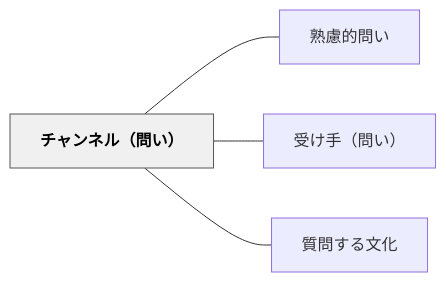
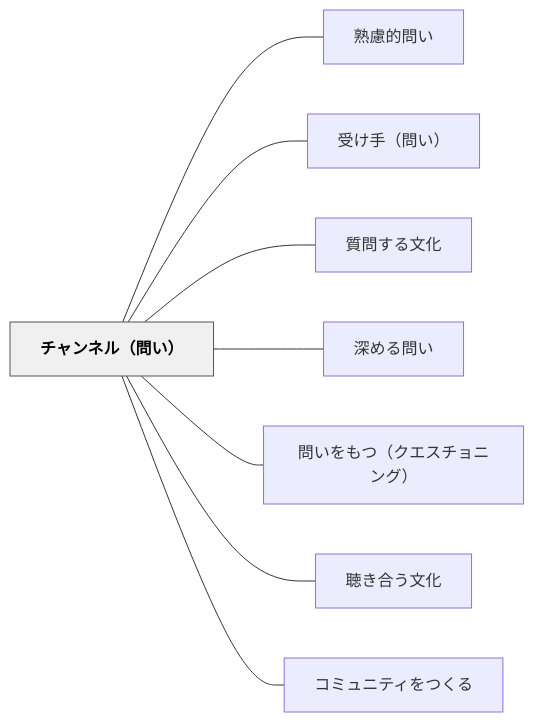
The diagram in content/パタン/チャンネル（問い）.md (unknownthings-ed-patterns/unknownthings-ed-patterns), drawn with Mermaid before and after one commit. The commit also changed other lines of this file and 71 other files, not shown here.

````diff
--- a/content/パタン/チャンネル（問い）.md
+++ b/content/パタン/チャンネル（問い）.md
@@ -42,14 +46,22 @@
 ```mermaid
 flowchart LR
     ne38381e383a3e383b3e3838de383abefbc88e5958fe38184efbc89["チャンネル（問い）"]
     ne7869fe685aee79a84e5958fe38184["熟慮的問い"]
     ne58f97e38191e6898befbc88e5958fe38184efbc89["受け手（問い）"]
     ne8b3aae5958fe38199e3828be69687e58c96["質問する文化"]
+    ne6b7b1e38281e3828be5958fe38184["深める問い"]
+    ne5958fe38184e38292e38282e381a4efbc88e382afe382a8e382b9e38381e383a7e3838be383b3e382b0efbc89["問いをもつ（クエスチョニング）"]
+    ne881b4e3818de59088e38186e69687e58c96["聴き合う文化"]
+    ne382b3e3839fe383a5e3838be38386e382a3e38292e381a4e3818fe3828b["コミュニティをつくる"]
 
     ne38381e383a3e383b3e3838de383abefbc88e5958fe38184efbc89 --- ne7869fe685aee79a84e5958fe38184
     ne38381e383a3e383b3e3838de383abefbc88e5958fe38184efbc89 --- ne58f97e38191e6898befbc88e5958fe38184efbc89
     ne38381e383a3e383b3e3838de383abefbc88e5958fe38184efbc89 --- ne8b3aae5958fe38199e3828be69687e58c96
+    ne38381e383a3e383b3e3838de383abefbc88e5958fe38184efbc89 --- ne6b7b1e38281e3828be5958fe38184
+    ne38381e383a3e383b3e3838de383abefbc88e5958fe38184efbc89 --- ne5958fe38184e38292e38282e381a4efbc88e382afe382a8e382b9e38381e383a7e3838be383b3e382b0efbc89
+    ne38381e383a3e383b3e3838de383abefbc88e5958fe38184efbc89 --- ne881b4e3818de59088e38186e69687e58c96
+    ne38381e383a3e383b3e3838de383abefbc88e5958fe38184efbc89 --- ne382b3e3839fe383a5e3838be38386e382a3e38292e381a4e3818fe3828b
 
     classDef hub fill:#f0f0f0,stroke:#555,color:#000,font-weight:bold
     class ne38381e383a3e383b3e3838de383abefbc88e5958fe38184efbc89 hub
 ```
````
